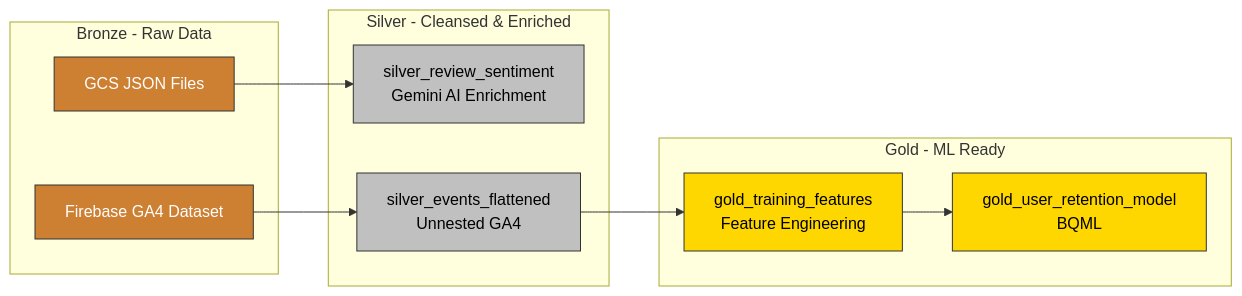
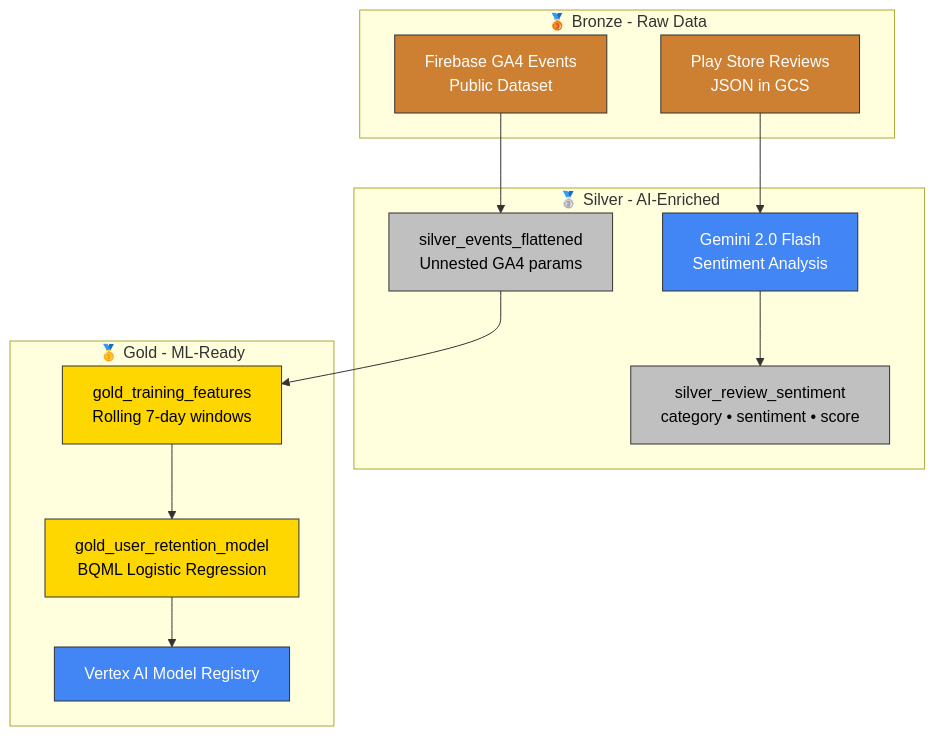
One commit to gCloud-Tech-Showcase/Data-Cloud changed the diagram in README.md. Above: the diagram before and after it, drawn with Mermaid. The commit also changed other lines of this file and 4 other files, not shown here.

````diff
--- a/README.md
+++ b/README.md
@@ -11,30 +13,37 @@
 ```mermaid
-graph LR
-    subgraph "Bronze - Raw Data"
-        GCS[GCS JSON Files]
-        GA4[Firebase GA4 Dataset]
+graph TB
+    subgraph "🥉 Bronze - Raw Data"
+        GCS[Play Store Reviews<br/>JSON in GCS]
+        GA4[Firebase GA4 Events<br/>Public Dataset]
     end
 
-    subgraph "Silver - Cleansed & Enriched"
-        SILVER_REV[silver_review_sentiment<br/>Gemini AI Enrichment]
-        SILVER_EVT[silver_events_flattened<br/>Unnested GA4]
+    subgraph "🥈 Silver - AI-Enriched"
+        GEMINI[Gemini 2.0 Flash<br/>Sentiment Analysis]
+        SILVER_REV[silver_review_sentiment<br/>category • sentiment • score]
+        SILVER_EVT[silver_events_flattened<br/>Unnested GA4 params]
+
+        GCS --> GEMINI
+        GEMINI --> SILVER_REV
+        GA4 --> SILVER_EVT
     end
 
-    subgraph "Gold - ML Ready"
-        GOLD_FEAT[gold_training_features<br/>Feature Engineering]
-        GOLD_MODEL[gold_user_retention_model<br/>BQML]
+    subgraph "🥇 Gold - ML-Ready"
+        GOLD_FEAT[gold_training_features<br/>Rolling 7-day windows]
+        GOLD_MODEL[gold_user_retention_model<br/>BQML Logistic Regression]
+        VERTEX[Vertex AI Model Registry]
+
+        SILVER_EVT --> GOLD_FEAT
+        GOLD_FEAT --> GOLD_MODEL
+        GOLD_MODEL --> VERTEX
     end
-
-    GCS --> SILVER_REV
-    GA4 --> SILVER_EVT
-    SILVER_EVT --> GOLD_FEAT
-    GOLD_FEAT --> GOLD_MODEL
 
     classDef bronze fill:#cd7f32,stroke:#333,color:#fff
     classDef silver fill:#c0c0c0,stroke:#333,color:#000
     classDef gold fill:#ffd700,stroke:#333,color:#000
+    classDef gcp fill:#4285f4,stroke:#333,color:#fff
 
     class GCS,GA4 bronze
     class SILVER_REV,SILVER_EVT silver
     class GOLD_FEAT,GOLD_MODEL gold
+    class GEMINI,VERTEX gcp
 ```
````
